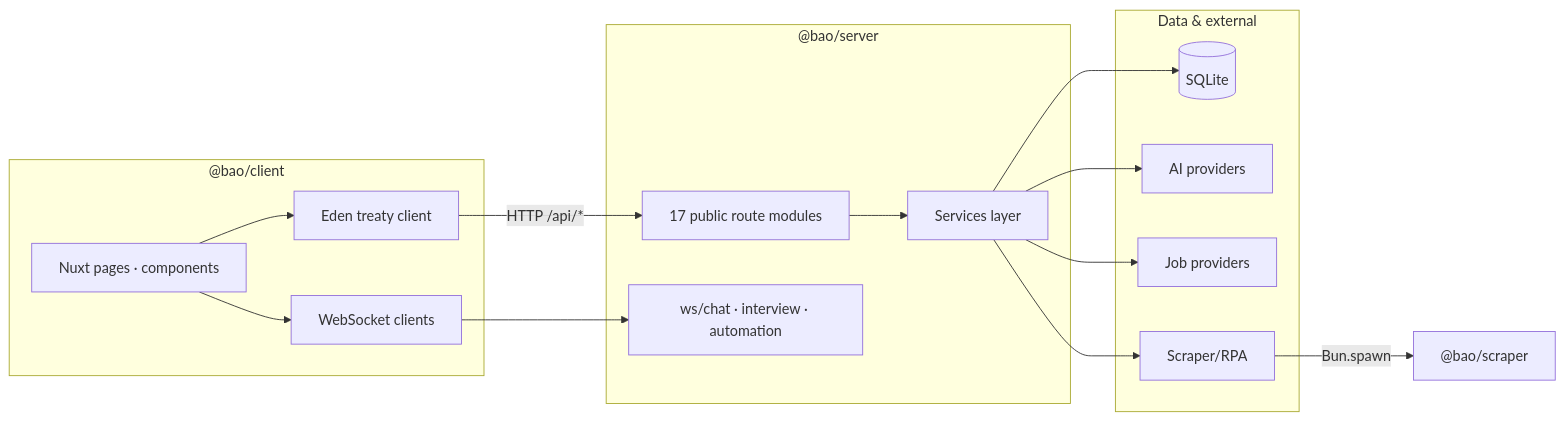
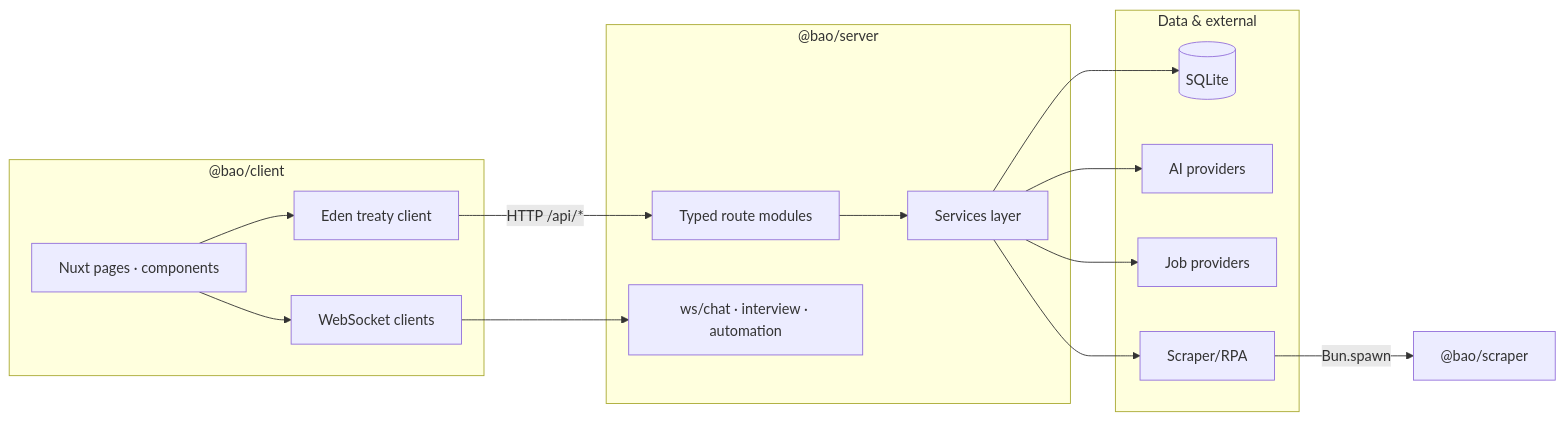
One commit to d4551/baobuildbuddy changed the first of 3 diagrams in README.md. Above: the diagram before and after it, drawn with Mermaid. The commit also changed other lines of this file and 41 other files, not shown here.

````diff
--- a/README.md
+++ b/README.md
@@ -234,32 +234,32 @@
 ```mermaid
 flowchart LR
   subgraph Client["@bao/client"]
     UI["Nuxt pages · components"]
     Eden["Eden treaty client"]
     WS["WebSocket clients"]
   end
 
   subgraph Server["@bao/server"]
-    API["17 public route modules"]
+    API["Typed route modules"]
     WSHandlers["ws/chat · interview · automation"]
     Svcs["Services layer"]
   end
 
   subgraph Data["Data & external"]
     DB[("SQLite")]
     AI["AI providers"]
     Jobs["Job providers"]
     RPA["Scraper/RPA"]
   end
 
   UI --> Eden
   UI --> WS
   Eden -->|HTTP /api/*| API
   WS --> WSHandlers
   API --> Svcs
   Svcs --> DB
   Svcs --> AI
   Svcs --> Jobs
   Svcs --> RPA
   RPA -->|Bun.spawn| Scraper["@bao/scraper"]
 ```
````
